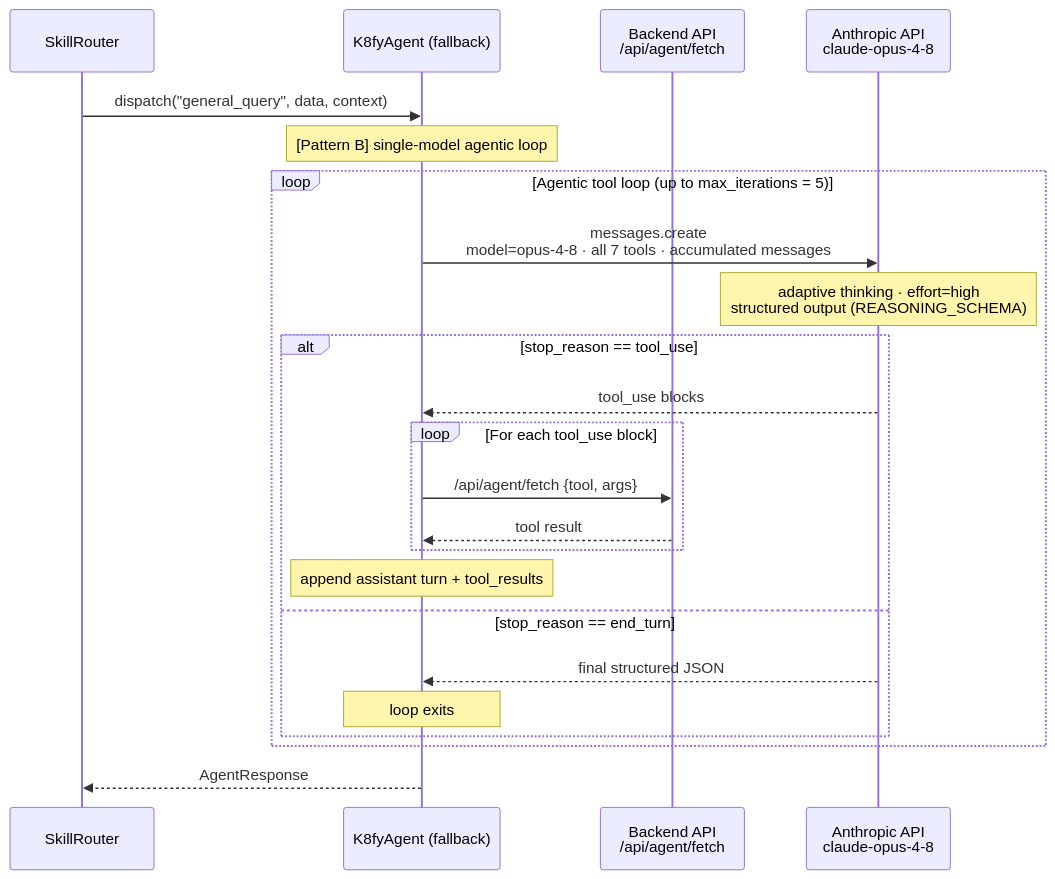
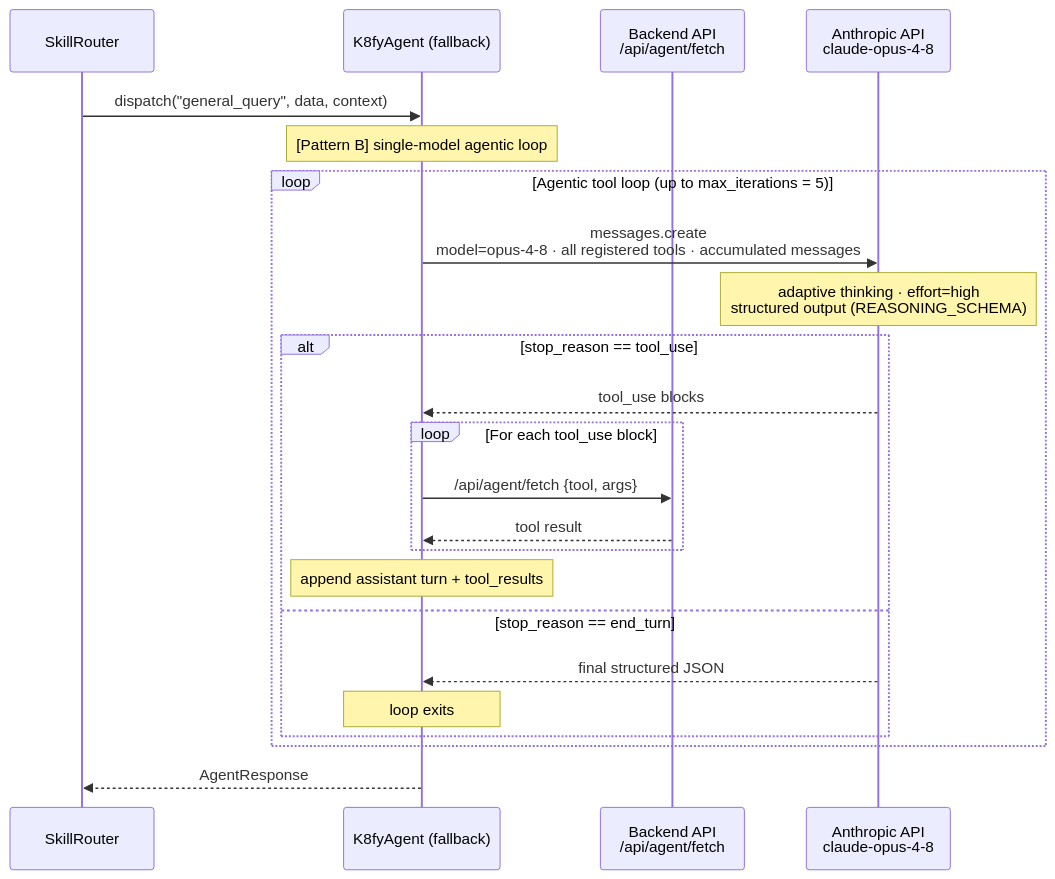
One commit to kschandramouli/agentify2 changed the fifth of 6 diagrams in docs/SEQUENCE_FLOWS.md. Above: the diagram before and after it, drawn with Mermaid. The commit also changed other lines of this file and 4 other files, not shown here.

First line of the commit message:
docs: update integration guide, sequence flows, deployment for fleet-collector work

````diff
--- a/docs/SEQUENCE_FLOWS.md
+++ b/docs/SEQUENCE_FLOWS.md
@@ -208,30 +206,30 @@
 ```mermaid
 sequenceDiagram
     participant Router  as SkillRouter
     participant Agent   as K8fyAgent (fallback)
     participant BE      as Backend API<br/>/api/agent/fetch
     participant Anthropic as Anthropic API<br/>claude-opus-4-8
 
     Router->>Agent: dispatch("general_query", data, context)
 
     Note over Agent: [Pattern B] single-model agentic loop
 
     loop Agentic tool loop (up to max_iterations = 5)
-        Agent->>Anthropic: messages.create<br/>model=opus-4-8 · all 7 tools · accumulated messages
+        Agent->>Anthropic: messages.create<br/>model=opus-4-8 · all registered tools · accumulated messages
         Note over Anthropic: adaptive thinking · effort=high<br/>structured output (REASONING_SCHEMA)
 
         alt stop_reason == tool_use
             Anthropic-->>Agent: tool_use blocks
             loop For each tool_use block
                 Agent->>BE: /api/agent/fetch {tool, args}
                 BE-->>Agent: tool result
             end
             Note over Agent: append assistant turn + tool_results
         else stop_reason == end_turn
             Anthropic-->>Agent: final structured JSON
             Note over Agent: loop exits
         end
     end
 
     Agent-->>Router: AgentResponse
 ```
````
